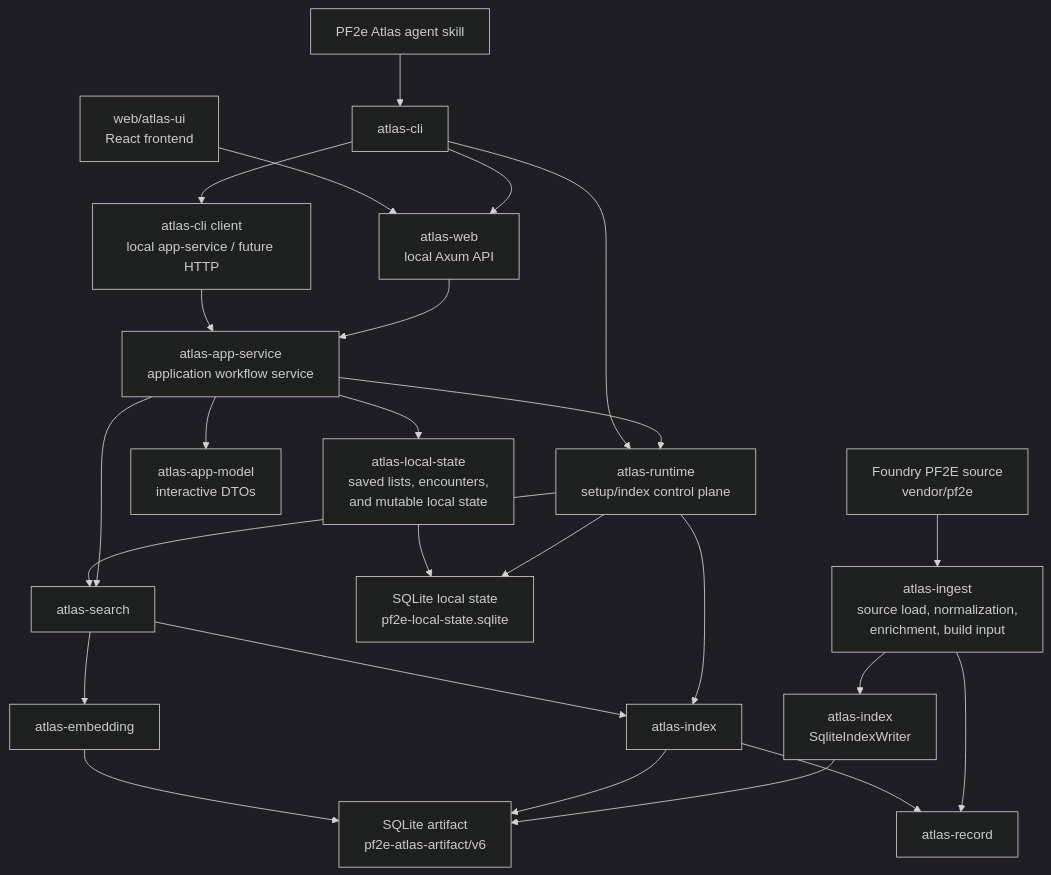
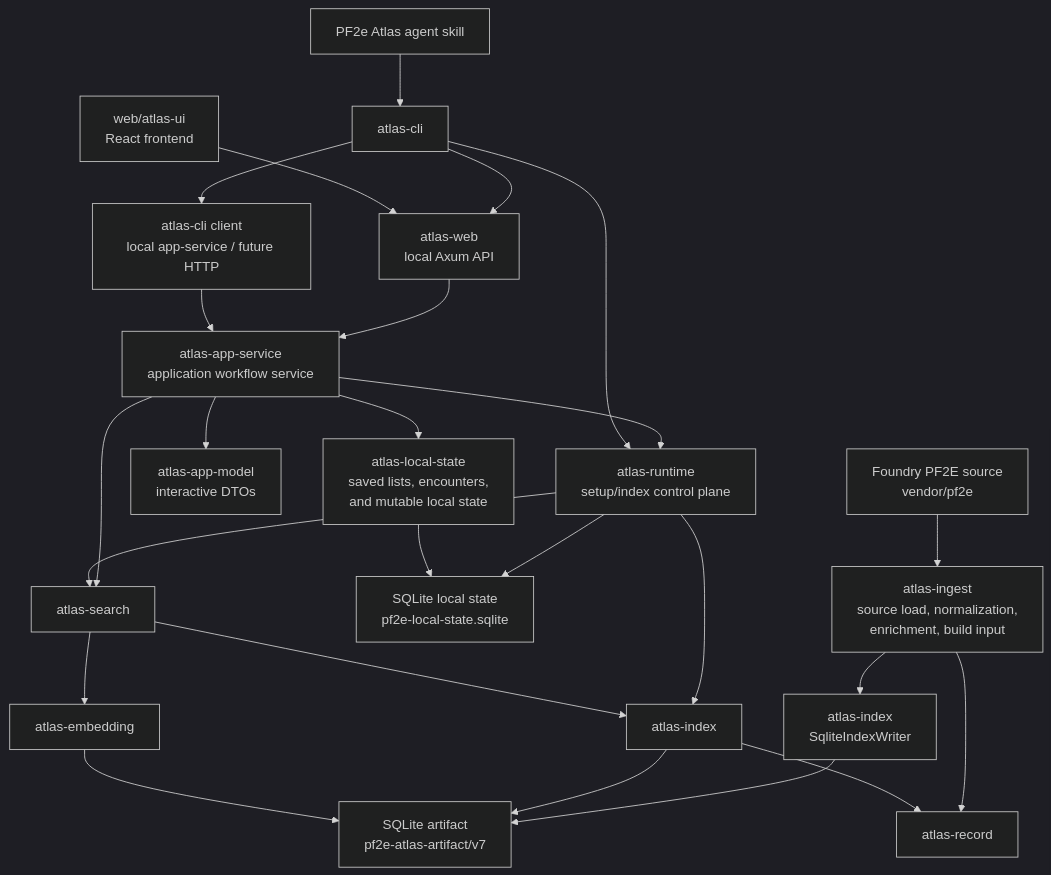
Before and after one commit to e-kosten/pf2e-atlas: the diagram in docs/architecture/overview.md, drawn with Mermaid (dark theme). The commit also changed other lines of this file and 126 other files, not shown here.

````diff
--- a/docs/architecture/overview.md
+++ b/docs/architecture/overview.md
@@ -64,29 +64,29 @@
 ```mermaid
 flowchart TD
     pf2e["Foundry PF2E source<br/>vendor/pf2e"] --> ingest["atlas-ingest<br/>source load, normalization,<br/>enrichment, build input"]
     ingest --> indexWriter["atlas-index<br/>SqliteIndexWriter"]
-    indexWriter --> artifactDb["SQLite artifact<br/>pf2e-atlas-artifact/v6"]
+    indexWriter --> artifactDb["SQLite artifact<br/>pf2e-atlas-artifact/v7"]
     localStateDb["SQLite local state<br/>pf2e-local-state.sqlite"]
 
     skill["PF2e Atlas agent skill"] --> cli["atlas-cli"]
     cli --> web["atlas-web<br/>local Axum API"]
     browser["web/atlas-ui<br/>React frontend"] --> web
     web --> appService["atlas-app-service<br/>application workflow service"]
     appService --> appModel["atlas-app-model<br/>interactive DTOs"]
     appService --> runtime
     appService --> search
     appService --> localState["atlas-local-state<br/>saved lists, encounters,<br/>and mutable local state"]
     cli --> cliClient["atlas-cli client<br/>local app-service / future HTTP"]
     cliClient --> appService
     cli --> runtime["atlas-runtime<br/>setup/index control plane"]
     runtime --> search["atlas-search"]
     runtime --> index["atlas-index"]
     runtime --> localStateDb
     localState --> localStateDb
     search --> index
     search --> embedding["atlas-embedding"]
     index --> artifactDb
     embedding --> artifactDb
     ingest --> record["atlas-record"]
     index --> record
 ```
````
